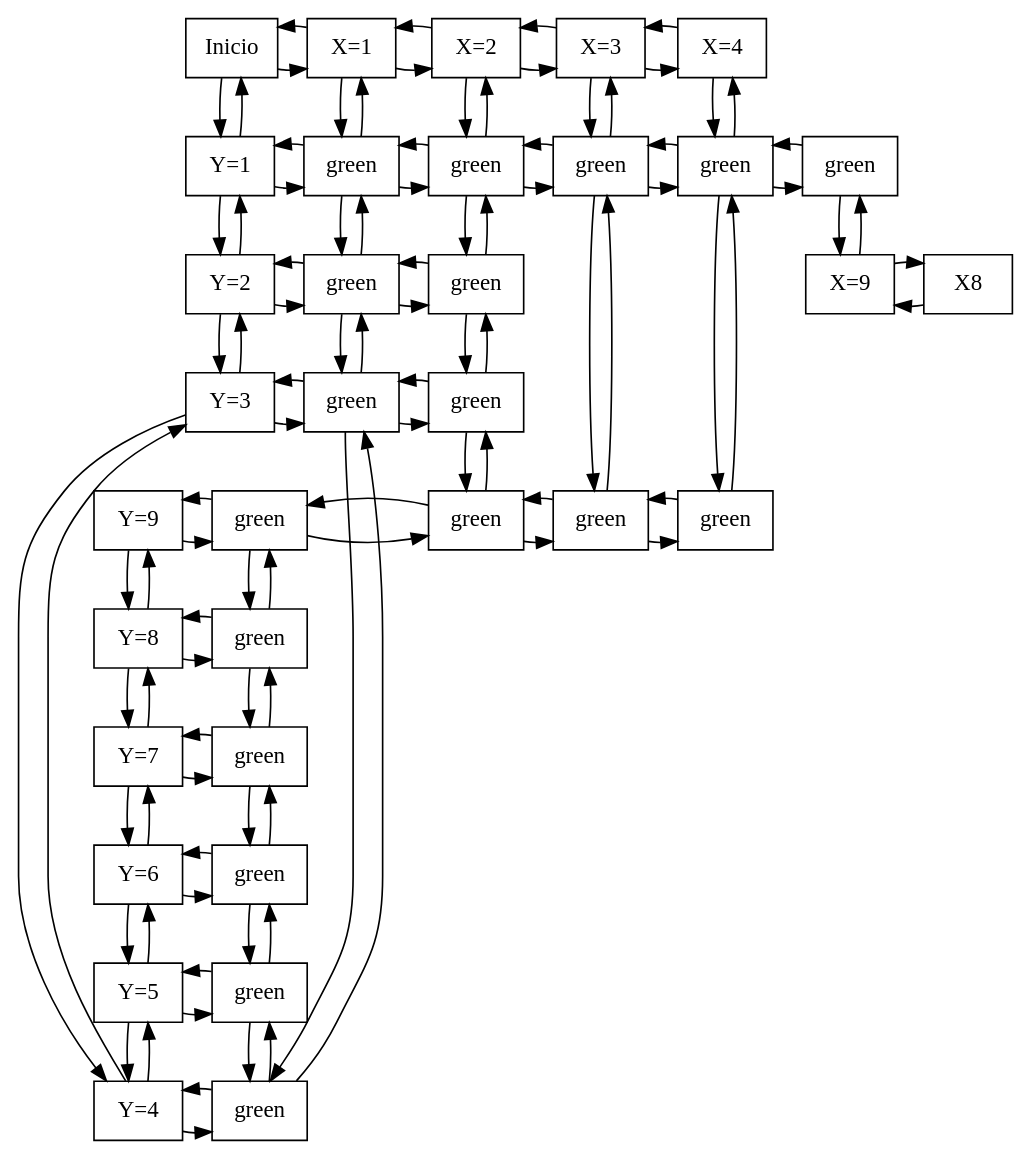
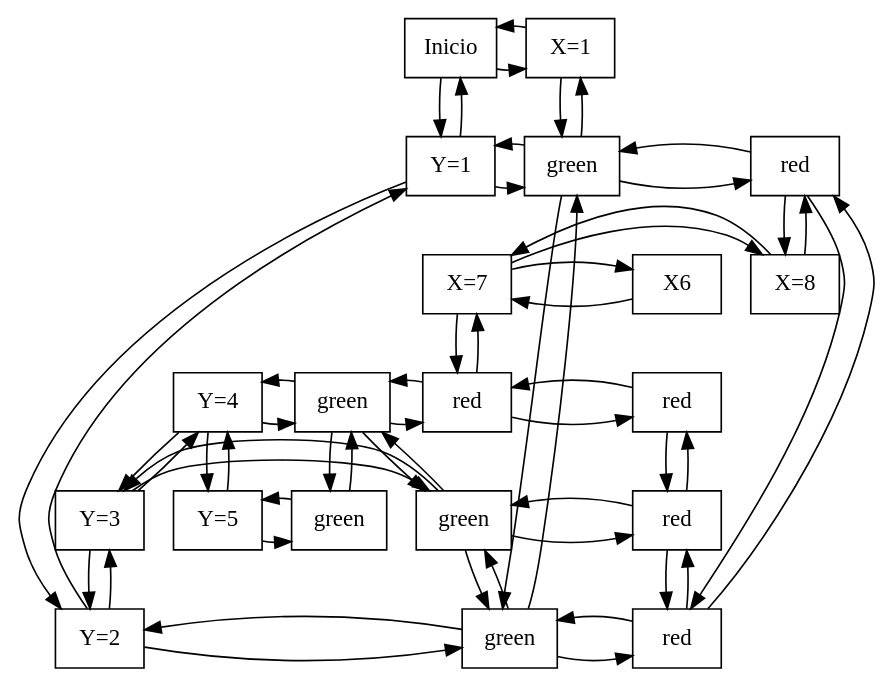
The diagram in Grafica.dot (davidjr01/IPC2_Proyecto1_201801106), drawn with Graphviz before and after one commit. The commit also changed 2 other files, not shown here.

```diff
--- a/Grafica.dot
+++ b/Grafica.dot
@@ -1,150 +1,86 @@
 digraph G {
 node[styles="filled" , shape="box"]
 Y0[label="Inicio"]
 Y1[label="Y=1"]
 Y0->Y1
 Y1->Y0
 Y2[label="Y=2"]
 Y1->Y2
 Y2->Y1
 Y3[label="Y=3"]
 Y2->Y3
 Y3->Y2
 Y4[label="Y=4"]
 Y3->Y4
 Y4->Y3
 Y5[label="Y=5"]
 Y4->Y5
 Y5->Y4
-Y6[label="Y=6"]
-Y5->Y6
-Y6->Y5
-Y7[label="Y=7"]
-Y6->Y7
-Y7->Y6
-Y8[label="Y=8"]
-Y7->Y8
-Y8->Y7
-Y9[label="Y=9"]
-Y8->Y9
-Y9->Y8
 X1[label="X=1"]
 nodo11[label="green"]
 X1->nodo11
 nodo11->X1
 nodo12[label="green"]
 nodo11->nodo12
 nodo12->nodo11
 nodo13[label="green"]
 nodo12->nodo13
 nodo13->nodo12
 nodo14[label="green"]
 nodo13->nodo14
 nodo14->nodo13
 nodo15[label="green"]
 nodo14->nodo15
 nodo15->nodo14
-nodo16[label="green"]
-nodo15->nodo16
-nodo16->nodo15
-nodo17[label="green"]
-nodo16->nodo17
-nodo17->nodo16
-nodo18[label="green"]
-nodo17->nodo18
-nodo18->nodo17
-nodo19[label="green"]
-nodo18->nodo19
-nodo19->nodo18
 Y0->X1
 X1->Y0
 {rank="same";Y0;X1}
-X2[label="X=2"]
-nodo21[label="green"]
-X2->nodo21
-nodo21->X2
-nodo22[label="green"]
-nodo21->nodo22
-nodo22->nodo21
-nodo23[label="green"]
-nodo22->nodo23
-nodo23->nodo22
-nodo29[label="green"]
-nodo23->nodo29
-nodo29->nodo23
-X1->X2
-X2->X1
-{rank="same";X1;X2}
-X3[label="X=3"]
-nodo31[label="green"]
-X3->nodo31
-nodo31->X3
-nodo39[label="green"]
-nodo31->nodo39
-nodo39->nodo31
-X2->X3
-X3->X2
-{rank="same";X2;X3}
-X4[label="X=4"]
-nodo41[label="green"]
-X4->nodo41
-nodo41->X4
-nodo49[label="green"]
-nodo41->nodo49
-nodo49->nodo41
-X3->X4
-X4->X3
-{rank="same";X3;X4}
-X9[label="X=9"]
-nodo91[label="green"]
-X9->nodo91
-nodo91->X9
-X8->X9
-X9->X8
-{rank="same";X8;X9}
+X7[label="X=7"]
+nodo74[label="red"]
+X7->nodo74
+nodo74->X7
+X6->X7
+X7->X6
+{rank="same";X6;X7}
+X8[label="X=8"]
+nodo81[label="red"]
+X8->nodo81
+nodo81->X8
+nodo82[label="red"]
+nodo81->nodo82
+nodo82->nodo81
+nodo83[label="red"]
+nodo82->nodo83
+nodo83->nodo82
+nodo84[label="red"]
+nodo83->nodo84
+nodo84->nodo83
+X7->X8
+X8->X7
+{rank="same";X7;X8}
 Y1->nodo11
 nodo11->Y1
-nodo11->nodo21
-nodo21->nodo11
-nodo21->nodo31
-nodo31->nodo21
-nodo31->nodo41
-nodo41->nodo31
-nodo41->nodo91
-nodo91->nodo41
-{rank="same";Y1;nodo11;nodo21;nodo31;nodo41;nodo91;}
+nodo11->nodo81
+nodo81->nodo11
+{rank="same";Y1;nodo11;nodo81;}
 Y2->nodo12
 nodo12->Y2
-nodo12->nodo22
-nodo22->nodo12
-{rank="same";Y2;nodo12;nodo22;}
+nodo12->nodo82
+nodo82->nodo12
+{rank="same";Y2;nodo12;nodo82;}
 Y3->nodo13
 nodo13->Y3
-nodo13->nodo23
-nodo23->nodo13
-{rank="same";Y3;nodo13;nodo23;}
+nodo13->nodo83
+nodo83->nodo13
+{rank="same";Y3;nodo13;nodo83;}
 Y4->nodo14
 nodo14->Y4
-{rank="same";Y4;nodo14;}
+nodo14->nodo74
+nodo74->nodo14
+nodo74->nodo84
+nodo84->nodo74
+{rank="same";Y4;nodo14;nodo74;nodo84;}
 Y5->nodo15
 nodo15->Y5
 {rank="same";Y5;nodo15;}
-Y6->nodo16
-nodo16->Y6
-{rank="same";Y6;nodo16;}
-Y7->nodo17
-nodo17->Y7
-{rank="same";Y7;nodo17;}
-Y8->nodo18
-nodo18->Y8
-{rank="same";Y8;nodo18;}
-Y9->nodo19
-nodo19->Y9
-nodo19->nodo29
-nodo29->nodo19
-nodo29->nodo39
-nodo39->nodo29
-nodo39->nodo49
-nodo49->nodo39
-{rank="same";Y9;nodo19;nodo29;nodo39;nodo49;}
 }
```
